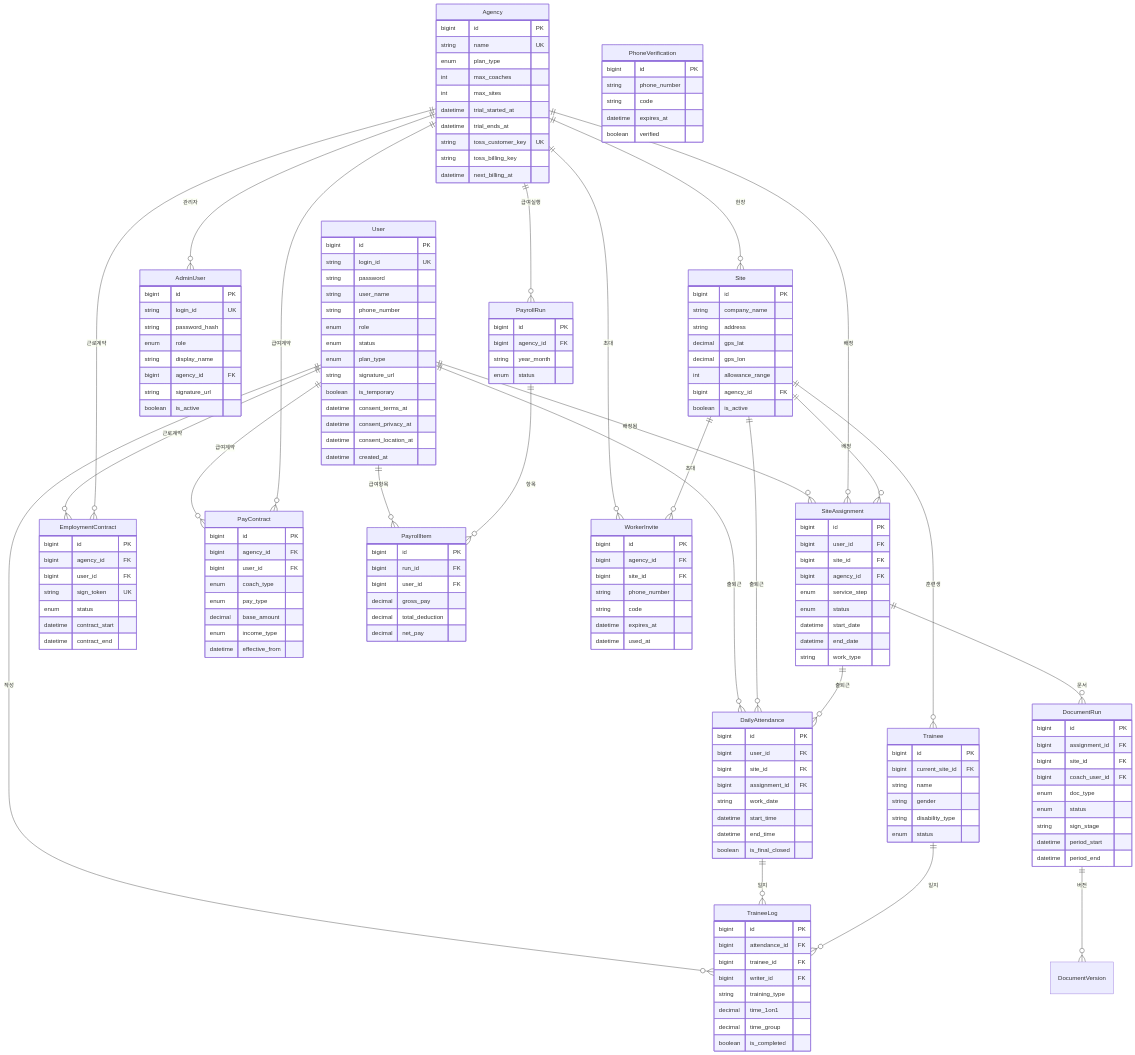
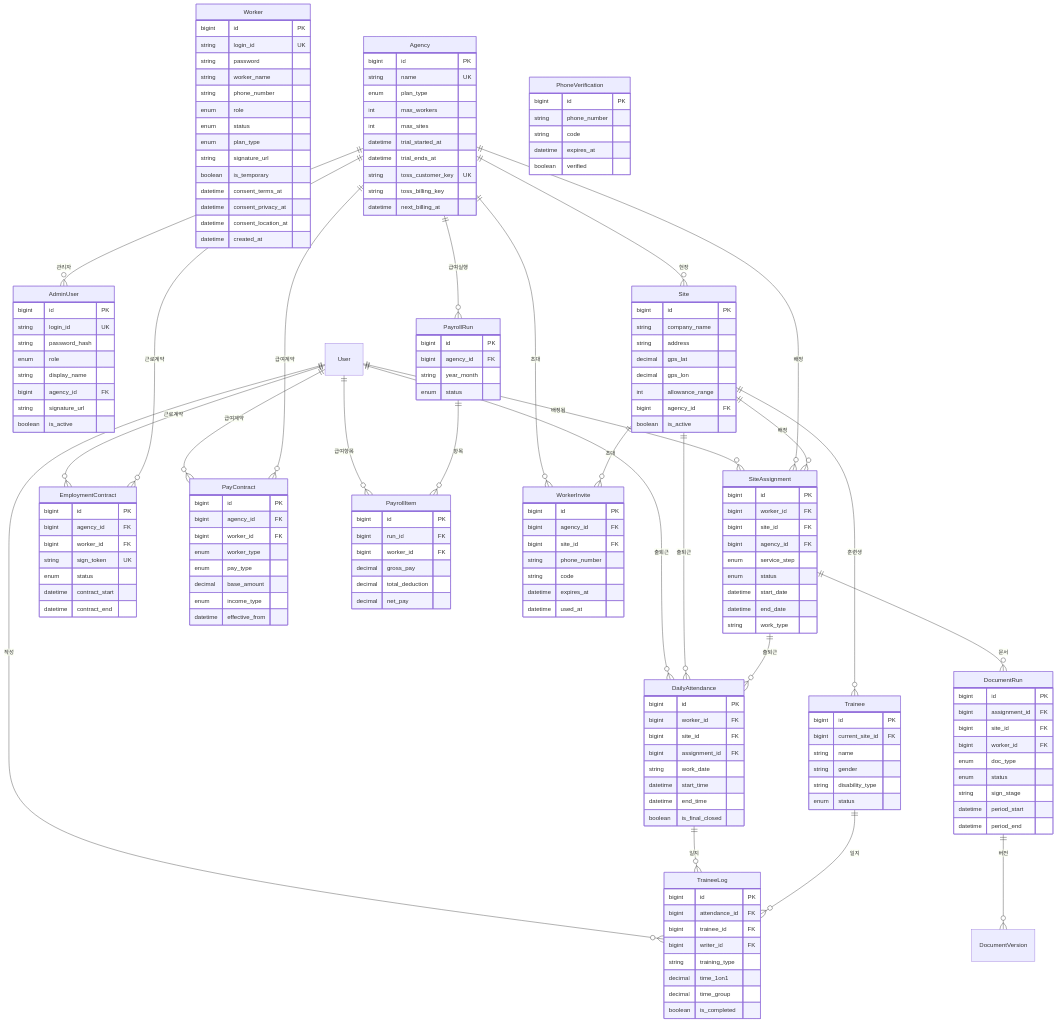
One commit to whitederrick/ablelink changed the diagram in docs/erd.md. Above: the diagram before and after it, drawn with Mermaid. The commit also changed other lines of this file and 137 other files, not shown here.

First line of the commit message:
refactor: User→Worker 리네임 완성 (스키마·코드·세션·DB 마이그레이션)

````diff
--- a/docs/erd.md
+++ b/docs/erd.md
@@ -9,10 +9,10 @@
 ```mermaid
 erDiagram
-    User {
+    Worker {
         bigint id PK
         string login_id UK
         string password
-        string user_name
+        string worker_name
         string phone_number
         enum role
         enum status
@@ -29,7 +29,7 @@
         bigint id PK
         string name UK
         enum plan_type
-        int max_coaches
+        int max_workers
         int max_sites
         datetime trial_started_at
         datetime trial_ends_at
@@ -62,7 +62,7 @@
 
     SiteAssignment {
         bigint id PK
-        bigint user_id FK
+        bigint worker_id FK
         bigint site_id FK
         bigint agency_id FK
         enum service_step
@@ -74,7 +74,7 @@
 
     DailyAttendance {
         bigint id PK
-        bigint user_id FK
+        bigint worker_id FK
         bigint site_id FK
         bigint assignment_id FK
         string work_date
@@ -106,7 +106,7 @@
     EmploymentContract {
         bigint id PK
         bigint agency_id FK
-        bigint user_id FK
+        bigint worker_id FK
         string sign_token UK
         enum status
         datetime contract_start
@@ -117,7 +117,7 @@
         bigint id PK
         bigint assignment_id FK
         bigint site_id FK
-        bigint coach_user_id FK
+        bigint worker_id FK
         enum doc_type
         enum status
         string sign_stage
@@ -128,8 +128,8 @@
     PayContract {
         bigint id PK
         bigint agency_id FK
-        bigint user_id FK
-        enum coach_type
+        bigint worker_id FK
+        enum worker_type
         enum pay_type
         decimal base_amount
         enum income_type
@@ -146,7 +146,7 @@
     PayrollItem {
         bigint id PK
         bigint run_id FK
-        bigint user_id FK
+        bigint worker_id FK
         decimal gross_pay
         decimal total_deduction
         decimal net_pay
````
